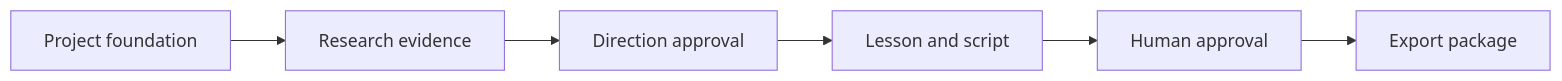
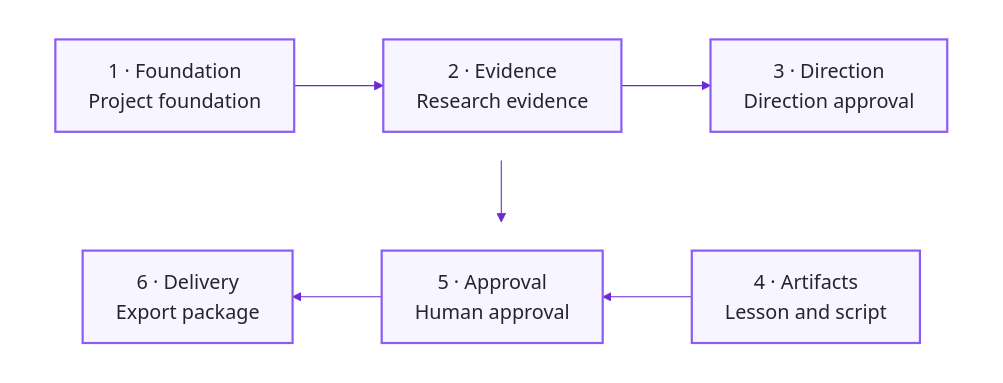
Before and after one commit to savannah-obyrne/savannah-obyrne: the diagram in projects/content-brand-systems/diagrams/workflow.mmd, drawn with Mermaid.

Commit message:
Replace Content workflow diagram source

```diff
--- a/projects/content-brand-systems/diagrams/workflow.mmd
+++ b/projects/content-brand-systems/diagrams/workflow.mmd
@@ -1,12 +1,17 @@
-flowchart LR
-  N0["Project foundation"]
-  N1["Research evidence"]
-  N2["Direction approval"]
-  N3["Lesson and script"]
-  N4["Human approval"]
-  N5["Export package"]
-  N0 --> N1
-  N1 --> N2
+%% Public SVG uses the same six verified steps in a two-row numbered sequence.
+%%{init: {"theme":"base","flowchart":{"curve":"linear","nodeSpacing":32,"rankSpacing":56},"themeVariables":{"background":"#FCFCFD","primaryColor":"#F7F5FF","primaryTextColor":"#262330","primaryBorderColor":"#8B5CF6","lineColor":"#6D28D9","fontFamily":"Arial, Helvetica, sans-serif","fontSize":"18px"}}}%%
+flowchart TB
+  subgraph R1[" "]
+    direction LR
+    N0["1 · Foundation<br/>Project foundation"] --> N1["2 · Evidence<br/>Research evidence"] --> N2["3 · Direction<br/>Direction approval"]
+  end
+  subgraph R2[" "]
+    direction RL
+    N3["4 · Artifacts<br/>Lesson and script"] --> N4["5 · Approval<br/>Human approval"] --> N5["6 · Delivery<br/>Export package"]
+  end
   N2 --> N3
-  N3 --> N4
-  N4 --> N5
+
+  classDef stage fill:#F7F5FF,stroke:#8B5CF6,color:#262330,stroke-width:2px;
+  class N0,N1,N2,N3,N4,N5 stage;
+  style R1 fill:transparent,stroke:transparent
+  style R2 fill:transparent,stroke:transparent
```
